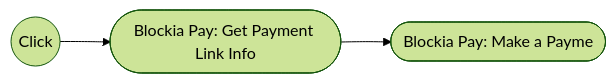
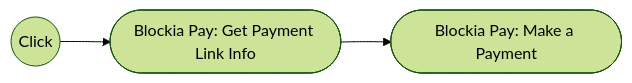
Before and after one commit to Blockia-Labs/blockia-pay-docs: the first of 4 diagrams in docs/docs/blockia-pay-node/overview.md, drawn with Mermaid (forest theme).

Commit message:
docs: fixing a typo

````diff
--- a/docs/docs/blockia-pay-node/overview.md
+++ b/docs/docs/blockia-pay-node/overview.md
@@ -131,8 +131,8 @@
 ```mermaid
 flowchart LR
     start((Click))
     getPaymentLinkInfo([Blockia Pay: Get Payment Link Info])
-    makePayment([Blockia Pay: Make a Payme])
+    makePayment([Blockia Pay: Make a Payment])
     start--> getPaymentLinkInfo
     getPaymentLinkInfo --> makePayment
 ```
````
